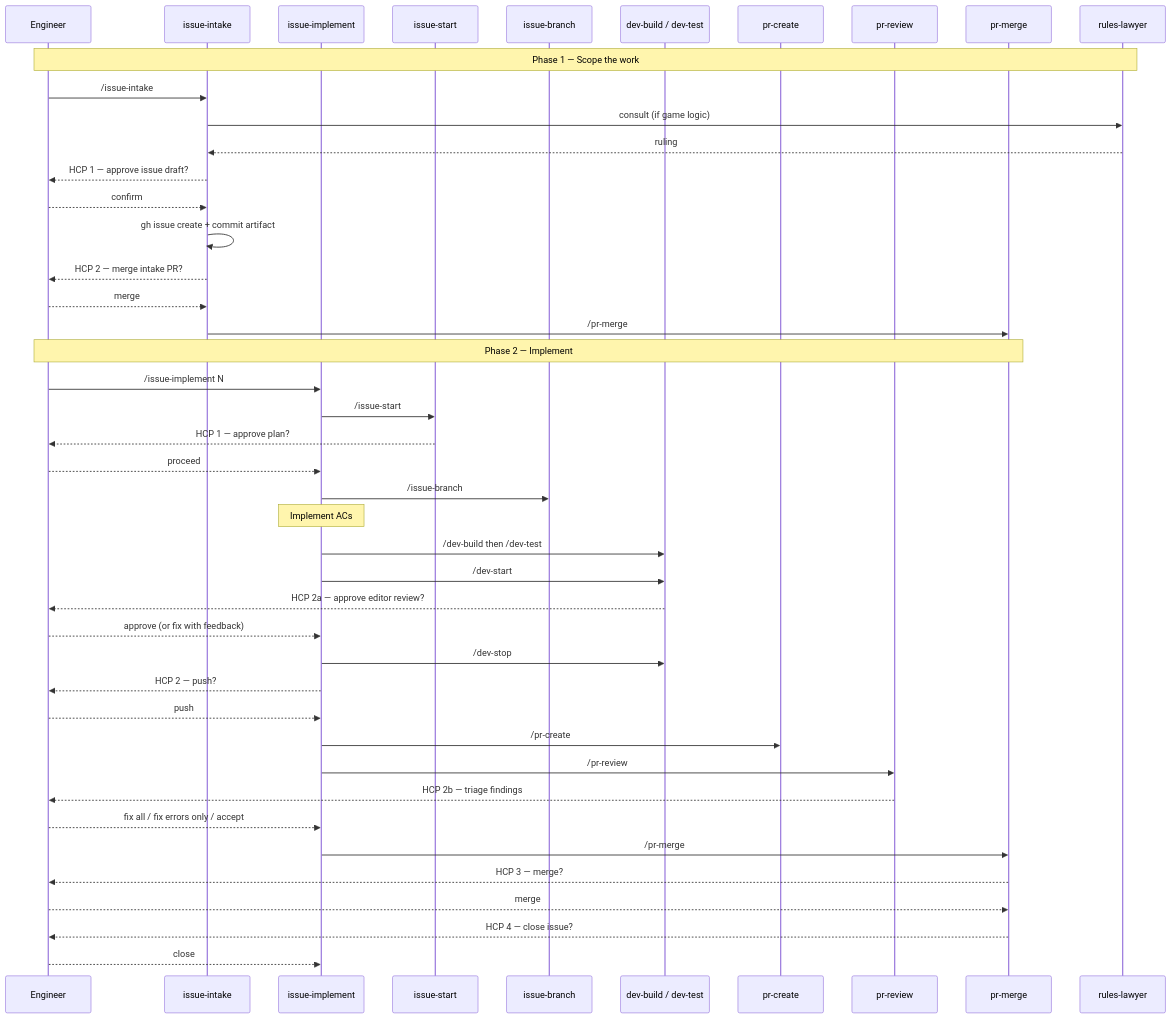
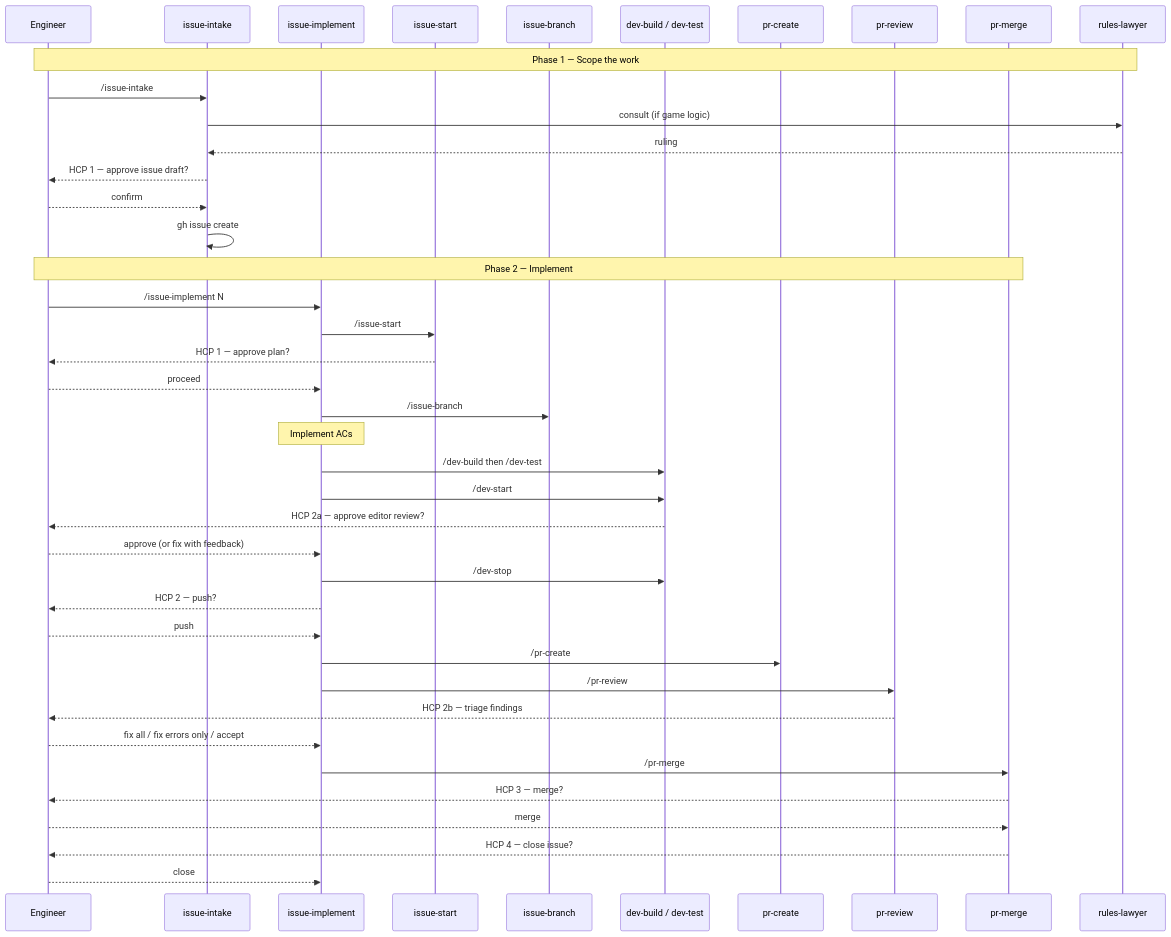
One commit to ashitaka-emishi/lob-online changed the fourth of 5 diagrams in docs/claude-ecosystem/orchestration.md. Above: the diagram before and after it, drawn with Mermaid. The commit also changed other lines of this file and 33 other files, not shown here.

First line of the commit message:
feat(#67): simplify issue-intake — remove artifact commit and branch lifecycle (#69)

````diff
--- a/docs/claude-ecosystem/orchestration.md
+++ b/docs/claude-ecosystem/orchestration.md
@@ -241,48 +234,45 @@
 ```mermaid
 sequenceDiagram
   participant E as Engineer
   participant II as issue-intake
   participant IM as issue-implement
   participant IS as issue-start
   participant IB as issue-branch
   participant DB as dev-build / dev-test
   participant PC as pr-create
   participant PR as pr-review
   participant PM as pr-merge
   participant RL as rules-lawyer
 
   Note over E,RL: Phase 1 — Scope the work
   E->>II: /issue-intake
   II->>RL: consult (if game logic)
   RL-->>II: ruling
   II-->>E: HCP 1 — approve issue draft?
   E-->>II: confirm
-  II->>II: gh issue create + commit artifact
-  II-->>E: HCP 2 — merge intake PR?
-  E-->>II: merge
-  II->>PM: /pr-merge
+  II->>II: gh issue create
 
   Note over E,PM: Phase 2 — Implement
   E->>IM: /issue-implement N
   IM->>IS: /issue-start
   IS-->>E: HCP 1 — approve plan?
   E-->>IM: proceed
   IM->>IB: /issue-branch
   Note over IM: Implement ACs
   IM->>DB: /dev-build then /dev-test
   IM->>DB: /dev-start
   DB-->>E: HCP 2a — approve editor review?
   E-->>IM: approve (or fix with feedback)
   IM->>DB: /dev-stop
   IM-->>E: HCP 2 — push?
   E-->>IM: push
   IM->>PC: /pr-create
   IM->>PR: /pr-review
   PR-->>E: HCP 2b — triage findings
   E-->>IM: fix all / fix errors only / accept
   IM->>PM: /pr-merge
   PM-->>E: HCP 3 — merge?
   E-->>PM: merge
   PM-->>E: HCP 4 — close issue?
   E-->>IM: close
 ```
````
